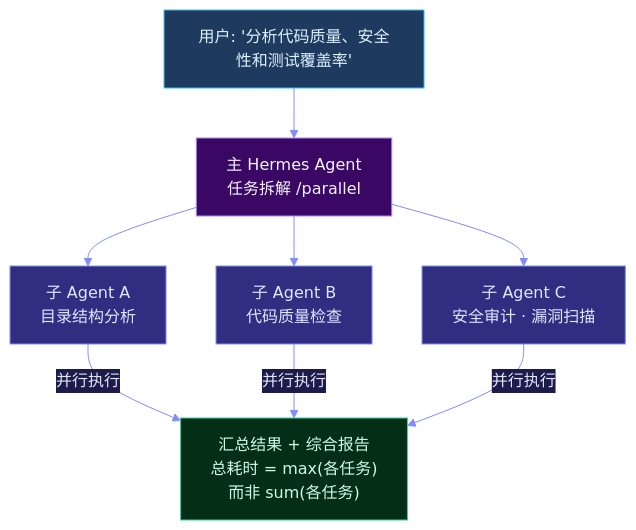
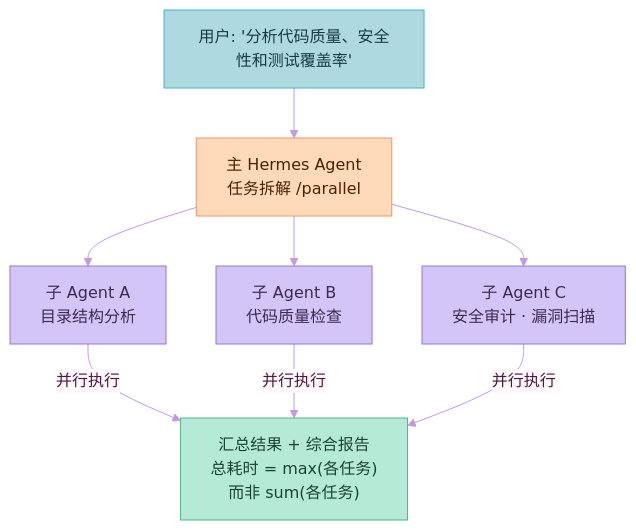
Before and after one commit to xuqi2024/xuqi2024.github.io: the tenth of 10 diagrams in source/_posts/2026-04-13-hermes-agent深度完全解读.md, drawn with Mermaid. The commit also changed other lines of this file and 3 other files, not shown here.

First line of the commit message:
style: 将所有 Mermaid 图表配色改为马卡龙色系，修复节点换行显示

````diff
--- a/source/_posts/2026-04-13-hermes-agent深度完全解读.md
+++ b/source/_posts/2026-04-13-hermes-agent深度完全解读.md
@@ -657,19 +657,19 @@
 ```mermaid
-%%{init: {'theme': 'base', 'themeVariables': {'primaryColor': '#1e1b4b', 'primaryTextColor': '#e0e7ff', 'primaryBorderColor': '#818cf8', 'lineColor': '#818cf8', 'secondaryColor': '#2e1065', 'tertiaryColor': '#0c3a4a', 'background': '#0a0914', 'mainBkg': '#1e1b4b', 'nodeBorder': '#818cf8', 'clusterBkg': '#110d2e', 'clusterBorder': '#4f46e5', 'titleColor': '#c7d2fe', 'edgeLabelBackground': '#1e1b4b'}}}%%
+%%{init: {'theme': 'base', 'themeVariables': {'primaryColor': '#FFB3C1', 'primaryTextColor': '#4A1942', 'primaryBorderColor': '#FF85A1', 'lineColor': '#C299E0', 'secondaryColor': '#C8E6C9', 'tertiaryColor': '#AED9E0', 'background': '#FFF8FB', 'mainBkg': '#FFB3C1', 'nodeBorder': '#FF85A1', 'clusterBkg': '#FFF0F7', 'clusterBorder': '#FFB3C1', 'titleColor': '#6D3B8C', 'edgeLabelBackground': '#FFF8FB'}}}%%
 flowchart TD
-    classDef user fill:#1e3a5f,stroke:#38bdf8,color:#e0f2fe
-    classDef main fill:#3b0764,stroke:#a78bfa,color:#f5f3ff
-    classDef sub fill:#312e81,stroke:#818cf8,color:#e0e7ff
-    classDef summary fill:#052e16,stroke:#34d399,color:#d1fae5
+    classDef user fill:#AED9E0,stroke:#48B2C8,color:#1A3A4A
+    classDef main fill:#FFDAB9,stroke:#E8956D,color:#4A2200
+    classDef sub fill:#D4C5F9,stroke:#9B72CF,color:#3D2B4F
+    classDef summary fill:#B5EAD7,stroke:#52B788,color:#1B4332
 
     USER["用户: '分析代码质量、安全性和测试覆盖率'"]:::user
-    MAIN["主 Hermes Agent\n任务拆解 /parallel"]:::main
-    A["子 Agent A\n目录结构分析"]:::sub
-    B["子 Agent B\n代码质量检查"]:::sub
-    C["子 Agent C\n安全审计 · 漏洞扫描"]:::sub
-    SUM["汇总结果 + 综合报告\n总耗时 = max(各任务)\n而非 sum(各任务)"]:::summary
+    MAIN["主 Hermes Agent<br/>任务拆解 /parallel"]:::main
+    A["子 Agent A<br/>目录结构分析"]:::sub
+    B["子 Agent B<br/>代码质量检查"]:::sub
+    C["子 Agent C<br/>安全审计 · 漏洞扫描"]:::sub
+    SUM["汇总结果 + 综合报告<br/>总耗时 = max(各任务)<br/>而非 sum(各任务)"]:::summary
 
     USER --> MAIN
     MAIN --> A & B & C
     A & B & C -- 并行执行 --> SUM
 ```
````
